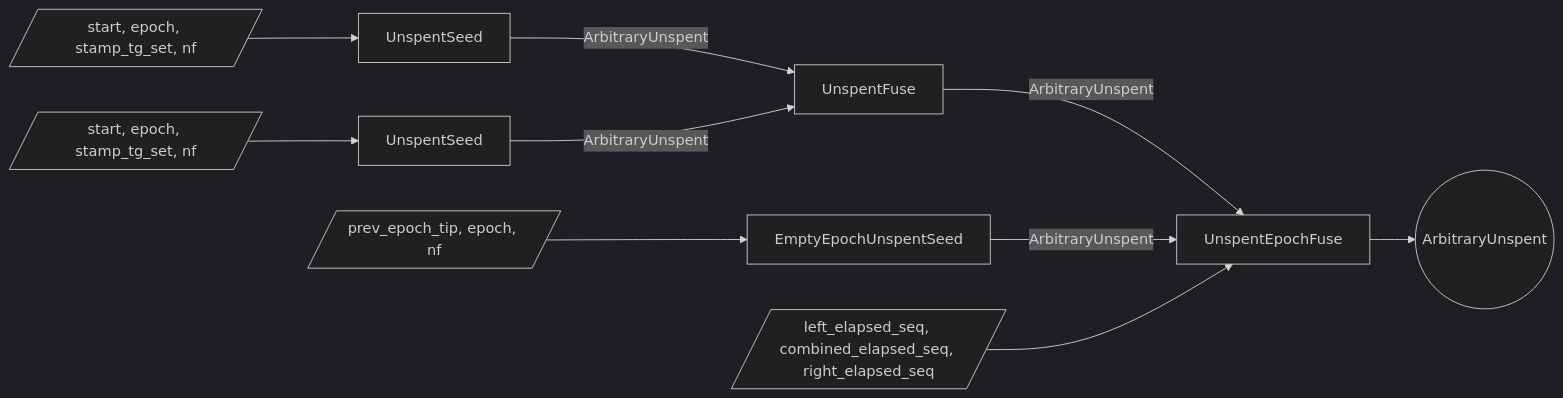
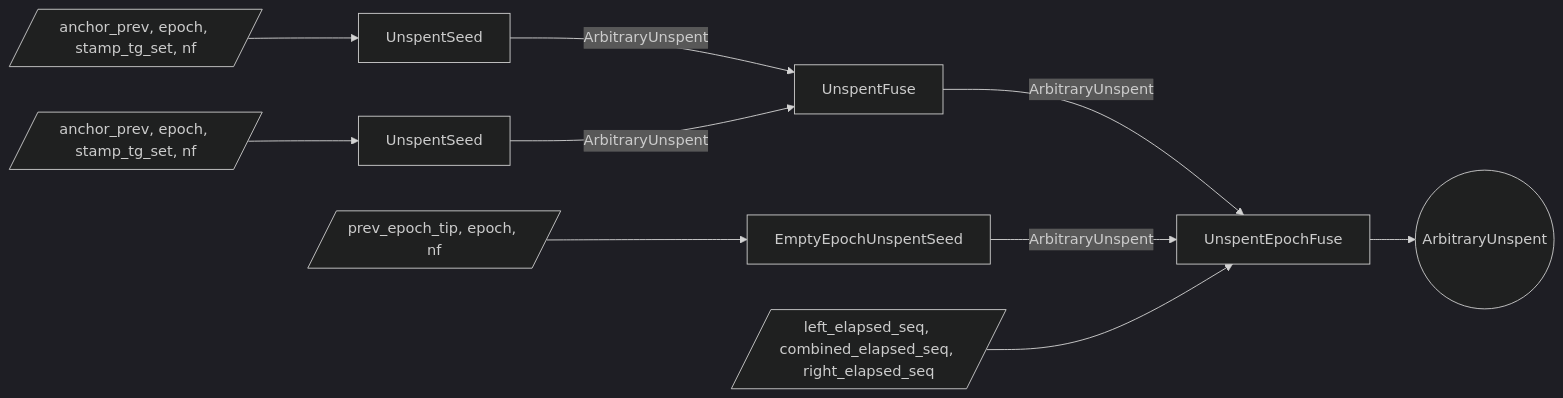
One commit to tachyon-zcash/tachyon changed the third of 3 diagrams in book/src/proof-tree.md. Above: the diagram before and after it, drawn with Mermaid (dark theme). The commit also changed other lines of this file and 2 other files, not shown here.

````diff
--- a/book/src/proof-tree.md
+++ b/book/src/proof-tree.md
@@ -331,23 +331,23 @@
 ```mermaid
 flowchart LR
-  w_seed[/start, epoch, stamp_tg_set, nf/]
+  w_seed[/anchor_prev, epoch, stamp_tg_set, nf/]
   s_useed[UnspentSeed]
-  w_next[/start, epoch, stamp_tg_set, nf/]
+  w_next[/anchor_prev, epoch, stamp_tg_set, nf/]
   s_unext[UnspentSeed]
   s_ufuse[UnspentFuse]
   w_eseed[/prev_epoch_tip, epoch, nf/]
   s_eseed[EmptyEpochUnspentSeed]
   w_efuse[/left_elapsed_seq, combined_elapsed_seq, right_elapsed_seq/]
   s_efuse[UnspentEpochFuse]
   unspent_out((ArbitraryUnspent))
 
   w_seed --> s_useed
   w_next --> s_unext
   w_eseed --> s_eseed
   s_useed -->|ArbitraryUnspent| s_ufuse
   s_unext -->|ArbitraryUnspent| s_ufuse
   s_ufuse -->|ArbitraryUnspent| s_efuse
   s_eseed -->|ArbitraryUnspent| s_efuse
   w_efuse --> s_efuse
   s_efuse --> unspent_out
 ```
````
